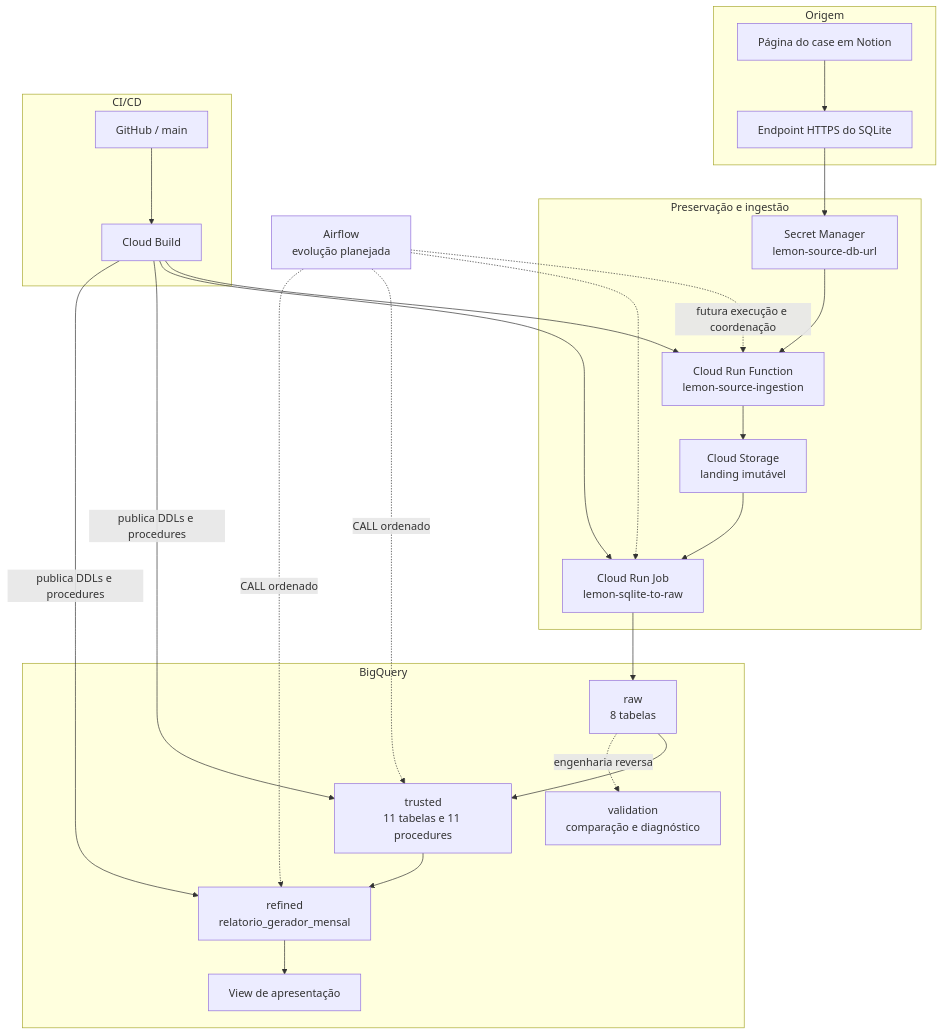
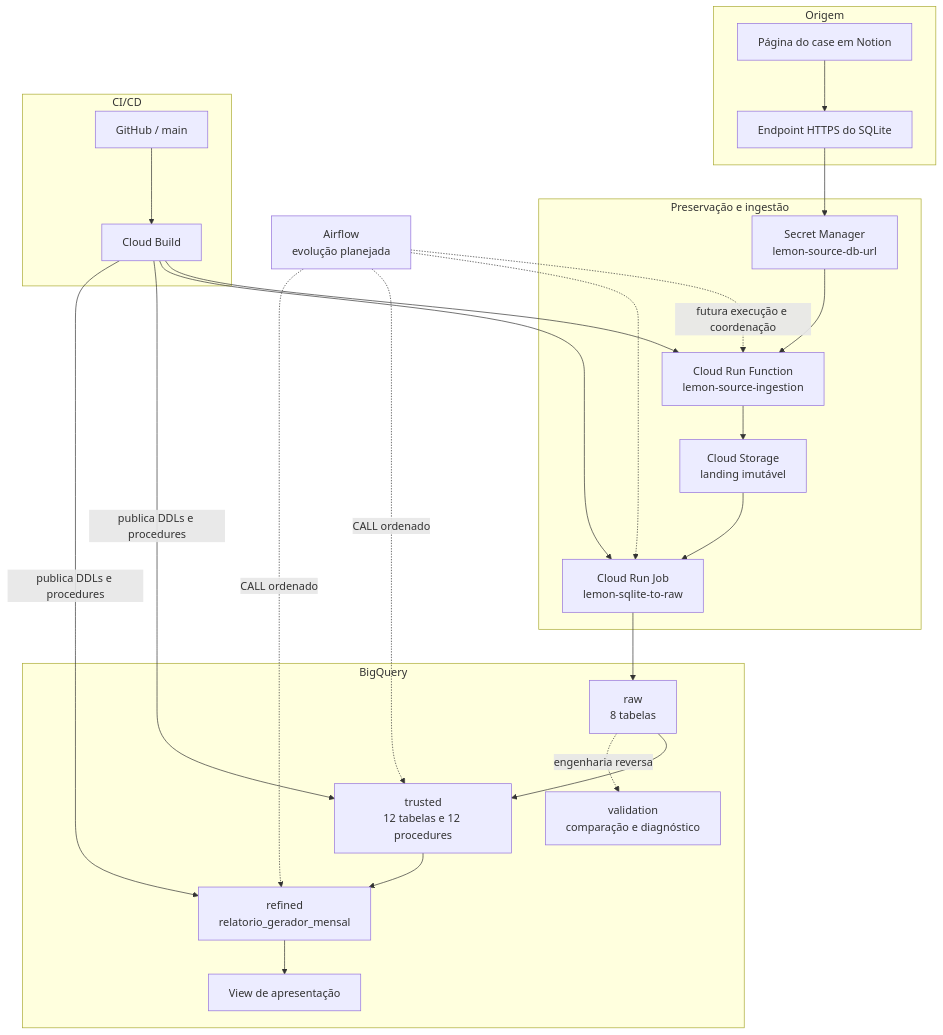
The diagram in docs/architecture.md (M4v3r1ck86/lemon-ae-case), drawn with Mermaid before and after one commit. The commit also changed other lines of this file, not shown here.

First line of the commit message:
docs(architecture): incorpora liquidações e fechamento D+60

````diff
--- a/docs/architecture.md
+++ b/docs/architecture.md
@@ -16,38 +16,38 @@
 ```mermaid
 flowchart TB
     subgraph Source[Origem]
         NOTION[Página do case em Notion] --> URL[Endpoint HTTPS do SQLite]
     end
 
     subgraph Ingestion[Preservação e ingestão]
         SECRET[Secret Manager<br/>lemon-source-db-url]
         FUNCTION[Cloud Run Function<br/>lemon-source-ingestion]
         LANDING[Cloud Storage<br/>landing imutável]
         JOB[Cloud Run Job<br/>lemon-sqlite-to-raw]
     end
 
     subgraph BQ[BigQuery]
         RAW[raw<br/>8 tabelas]
-        TRUSTED[trusted<br/>11 tabelas e 11 procedures]
+        TRUSTED[trusted<br/>12 tabelas e 12 procedures]
         REFINED[refined<br/>relatorio_gerador_mensal]
         VIEW[View de apresentação]
         VALIDATION[validation<br/>comparação e diagnóstico]
     end
 
     subgraph CICD[CI/CD]
         GITHUB[GitHub / main] --> BUILD[Cloud Build]
     end
 
     AIRFLOW[Airflow<br/>evolução planejada]
 
     URL --> SECRET --> FUNCTION --> LANDING --> JOB --> RAW --> TRUSTED --> REFINED --> VIEW
     RAW -. engenharia reversa .-> VALIDATION
     BUILD --> FUNCTION
     BUILD --> JOB
     BUILD -->|publica DDLs e procedures| TRUSTED
     BUILD -->|publica DDLs e procedures| REFINED
     AIRFLOW -. futura execução e coordenação .-> FUNCTION
     AIRFLOW -.-> JOB
     AIRFLOW -. CALL ordenado .-> TRUSTED
     AIRFLOW -. CALL ordenado .-> REFINED
 ```
````
